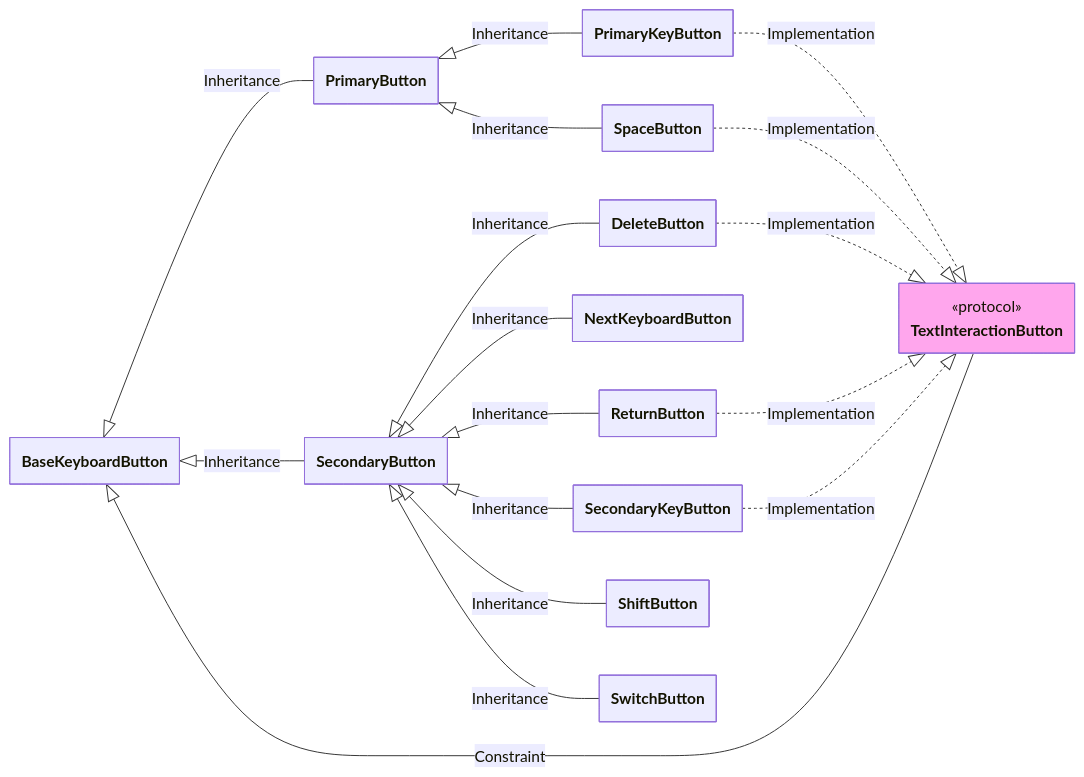
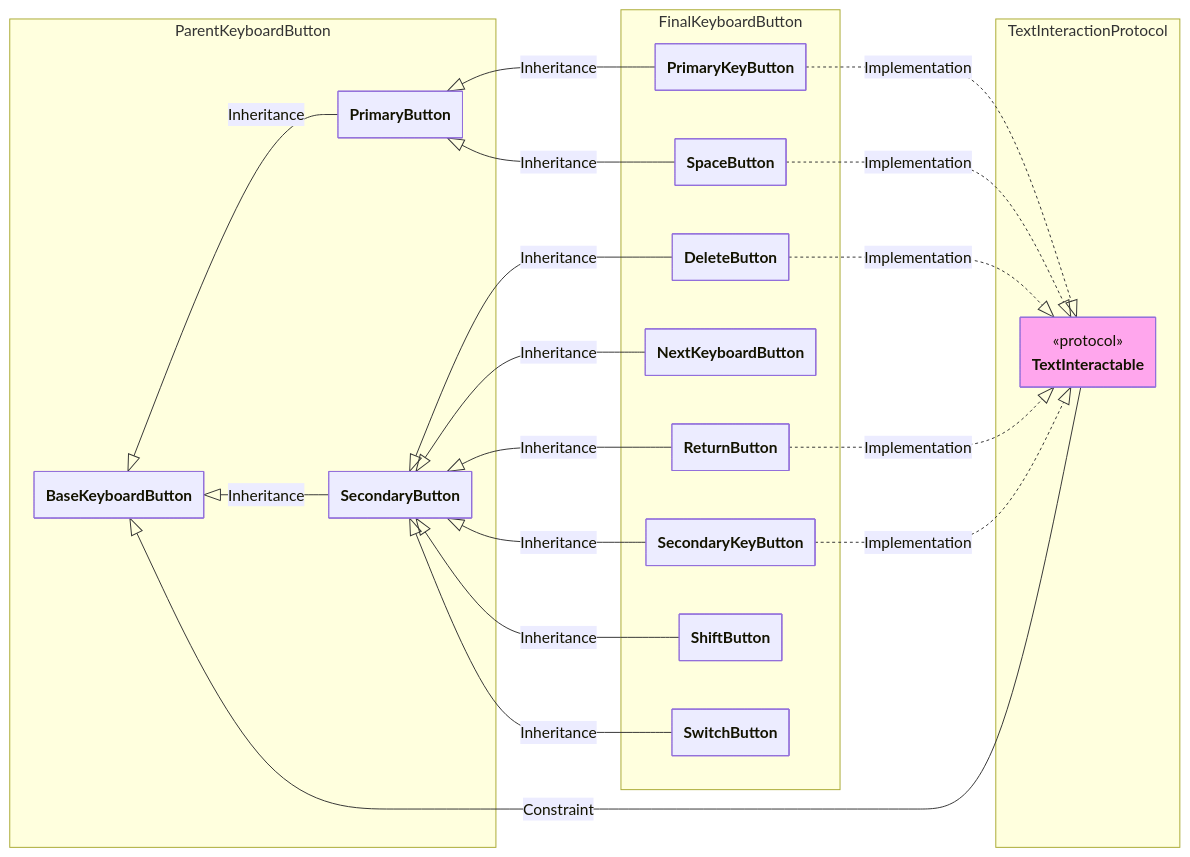
The third of 3 diagrams in README.md (SNMac/SYKeyboard), drawn with Mermaid before and after one commit. The commit also changed other lines of this file, not shown here.

Commit message:
docs: Mermaid 코드 수정

````diff
--- a/README.md
+++ b/README.md
@@ -283,45 +318,66 @@
 ``` mermaid
 %%{
   init: {
     "theme": "default",
     "fontFamily": "JetBrainsMono NFP",
     "elk": {
         "mergeEdges": false,
         "nodePlacementStrategy": "BRANDES_KOEPF",
         "forceNodeModelOrder": false,
         "considerModelOrder": "NODES_AND_EDGES"
     },
     "class": {
         "hideEmptyMembersBox": true
     }
   }
 }%%
 classDiagram
 direction LR
     %% Keyboard Button
-    class TextInteractionButton:::SYKeyboard_primary { <<protocol>> }
+    namespace TextInteractionProtocol {
+      class TextInteractable
+    }
+
+    namespace ParentKeyboardButton {
+      class BaseKeyboardButton
+      class PrimaryButton
+      class SecondaryButton
+    }
+
+    namespace FinalKeyboardButton {
+      class PrimaryKeyButton
+      class SpaceButton
+      class SecondaryKeyButton
+      class ShiftButton
+      class DeleteButton
+      class SwitchButton
+      class NextKeyboardButton
+      class ReturnButton
+    }
+
+    class TextInteractable:::SYKeyboard_primary { <<protocol>> }
 
     BaseKeyboardButton <|-- PrimaryButton: Inheritance
     BaseKeyboardButton <|-- SecondaryButton: Inheritance
-    BaseKeyboardButton <|-- TextInteractionButton: Constraint
+    BaseKeyboardButton <|-- TextInteractable: Constraint
 
     PrimaryButton <|-- PrimaryKeyButton: Inheritance
     PrimaryButton <|-- SpaceButton: Inheritance
 
-    PrimaryKeyButton ..|> TextInteractionButton: Implementation
+    PrimaryKeyButton ..|> TextInteractable: Implementation
 
     SecondaryButton <|-- DeleteButton: Inheritance
     SecondaryButton <|-- NextKeyboardButton: Inheritance
     SecondaryButton <|-- ReturnButton: Inheritance
     SecondaryButton <|-- SecondaryKeyButton: Inheritance
     SecondaryButton <|-- ShiftButton: Inheritance
     SecondaryButton <|-- SwitchButton: Inheritance
 
-    SecondaryKeyButton ..|> TextInteractionButton: Implementation
+    SecondaryKeyButton ..|> TextInteractable: Implementation
 
-    DeleteButton ..|> TextInteractionButton: Implementation
-    ReturnButton ..|> TextInteractionButton: Implementation
-    SpaceButton ..|> TextInteractionButton: Implementation
+    DeleteButton ..|> TextInteractable: Implementation
+    ReturnButton ..|> TextInteractable: Implementation
+    SpaceButton ..|> TextInteractable: Implementation
 
     classDef SYKeyboard_primary fill:#ffa6ed
 ```
````
